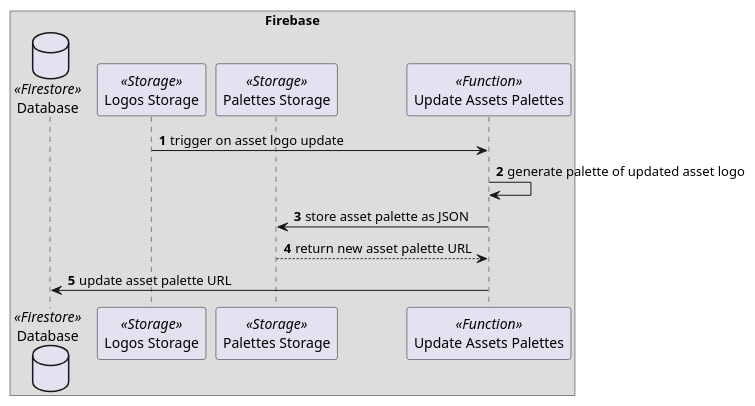
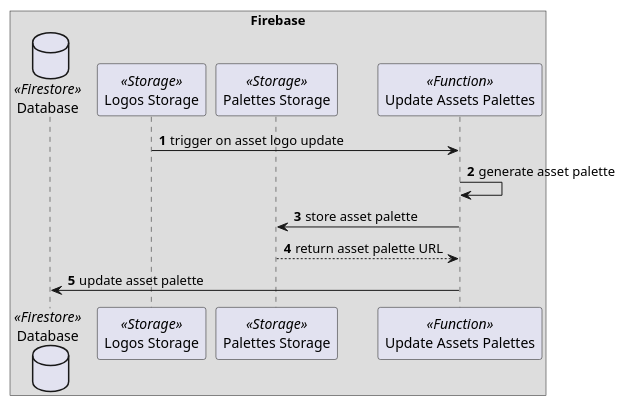
The diagram in docs/diagrams/Update-Assets-Palettes-Sequence.puml (loginov-rocks/Portfolio), drawn with PlantUML before and after one commit. The commit also changed 11 other files, not shown here.

Commit message:
Firebase: Implement UpdateAssetsPalettes, update diagram

```diff
--- a/docs/diagrams/Update-Assets-Palettes-Sequence.puml
+++ b/docs/diagrams/Update-Assets-Palettes-Sequence.puml
@@ -1,18 +1,18 @@
 @startuml
 
 autonumber
 
 box Firebase
     database Database <<Firestore>>
     participant "Logos Storage" as LogosStorage <<Storage>>
     participant "Palettes Storage" as PalettesStorage <<Storage>>
     participant "Update Assets Palettes" as UpdateAssetsPalettes <<Function>>
 end box
 
 LogosStorage -> UpdateAssetsPalettes: trigger on asset logo update
-UpdateAssetsPalettes -> UpdateAssetsPalettes: generate palette of updated asset logo
-UpdateAssetsPalettes -> PalettesStorage: store asset palette as JSON
-PalettesStorage --> UpdateAssetsPalettes: return new asset palette URL
-UpdateAssetsPalettes -> Database: update asset palette URL
+UpdateAssetsPalettes -> UpdateAssetsPalettes: generate asset palette
+UpdateAssetsPalettes -> PalettesStorage: store asset palette
+PalettesStorage --> UpdateAssetsPalettes: return asset palette URL
+UpdateAssetsPalettes -> Database: update asset palette
 
 @enduml
```
